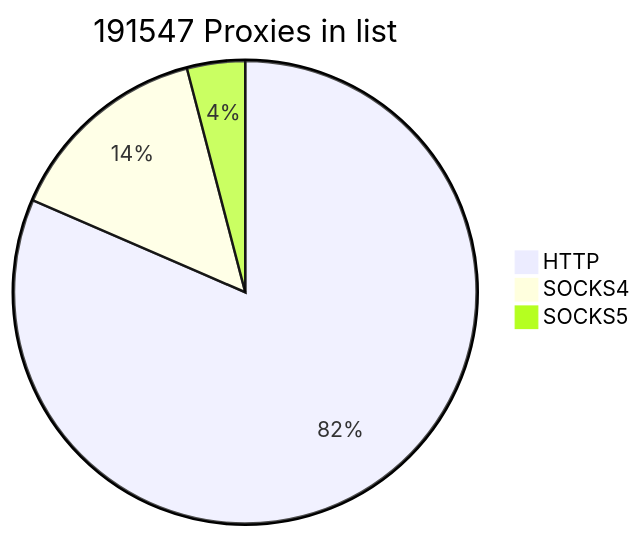
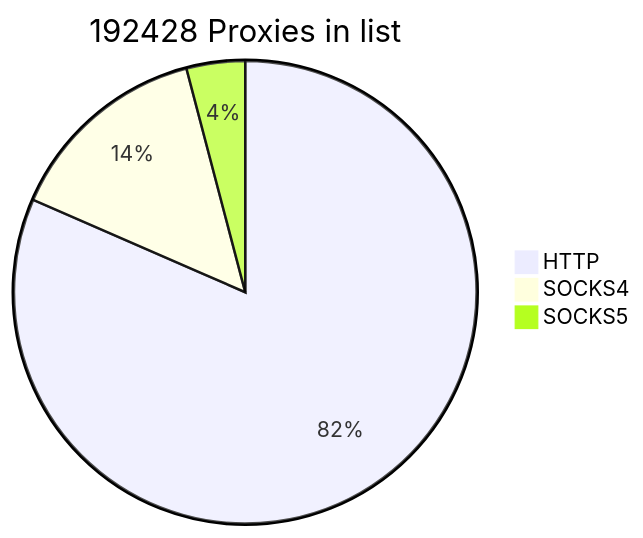
Before and after one commit to cutipu/proxylist: the first of 2 diagrams in README.md, drawn with Mermaid. The commit also changed other lines of this file, not shown here.

````diff
--- a/README.md
+++ b/README.md
@@ -2,7 +2,7 @@
 ```mermaid
-pie title 191547 Proxies in list
-    "HTTP" : 156129
-    "SOCKS4" : 27647
-    "SOCKS5" : 7771
+pie title 192428 Proxies in list
+    "HTTP" : 156906
+    "SOCKS4" : 27649
+    "SOCKS5" : 7873
             
 ```
````
